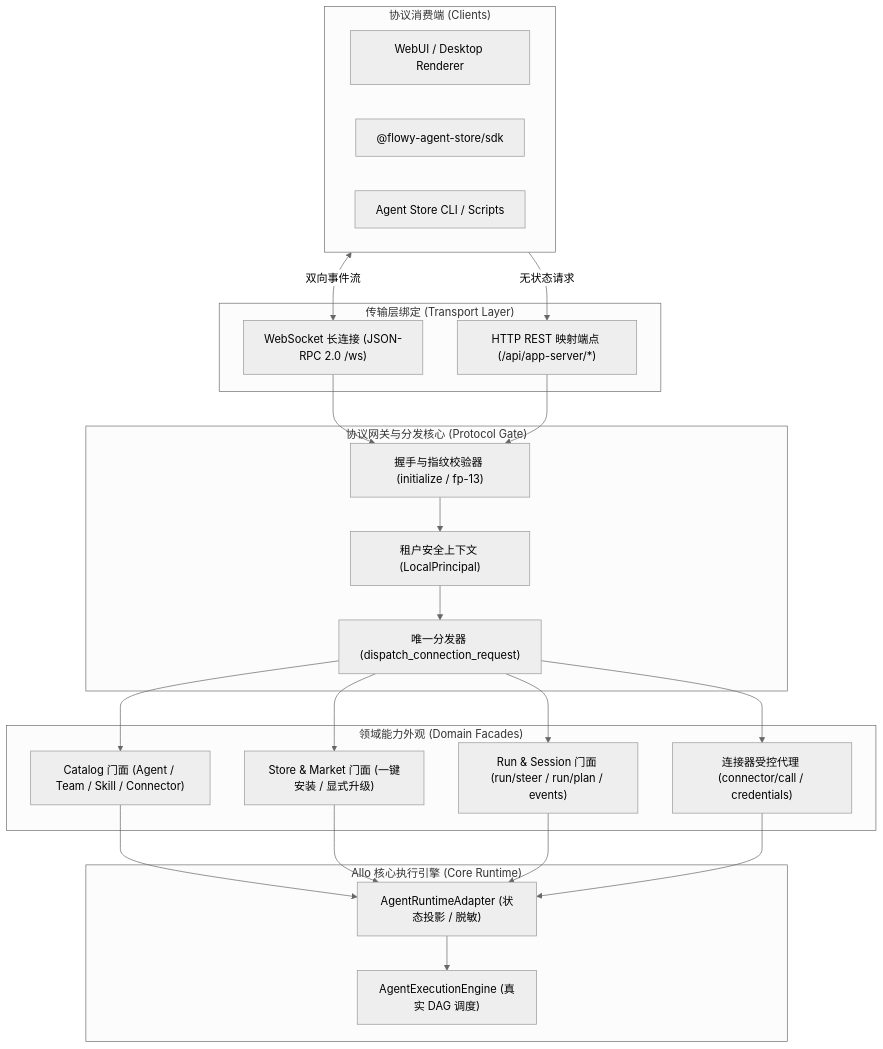
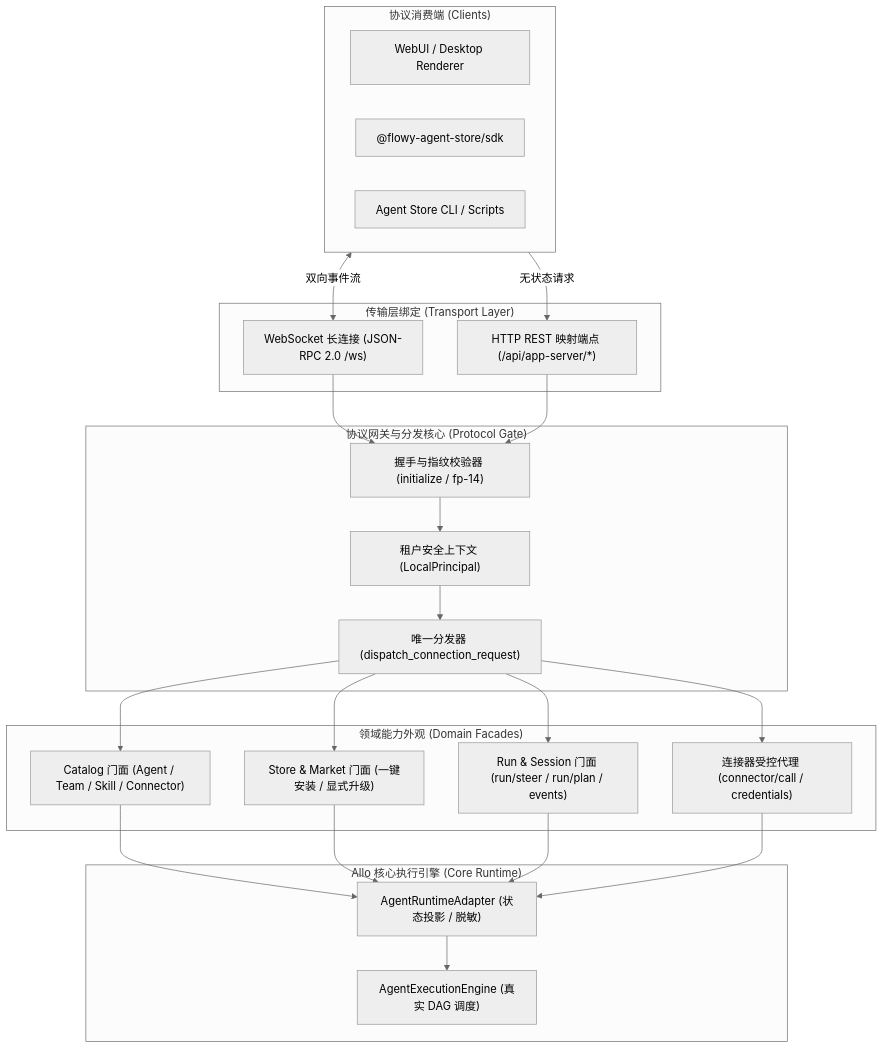
One commit to Michael-Lfx/allo changed the diagram in docs/agent-store/05-flowy-agent-store-app-server-protocol.md. Above: the diagram before and after it, drawn with Mermaid (neutral theme). The commit also changed other lines of this file and 40 other files, not shown here.

````diff
--- a/docs/agent-store/05-flowy-agent-store-app-server-protocol.md
+++ b/docs/agent-store/05-flowy-agent-store-app-server-protocol.md
@@ -27,43 +27,43 @@
 ```mermaid
 flowchart TD
     subgraph Clients["协议消费端 (Clients)"]
         WebUI["WebUI / Desktop Renderer"]
         TSSDK["@flowy-agent-store/sdk"]
         CLI["Agent Store CLI / Scripts"]
     end
 
     subgraph Transport["传输层绑定 (Transport Layer)"]
         WS["WebSocket 长连接 (JSON-RPC 2.0 /ws)"]
         HTTP["HTTP REST 映射端点 (/api/app-server/*)"]
     end
 
     subgraph ProtocolGate["协议网关与分发核心 (Protocol Gate)"]
-        Handshake["握手与指纹校验器 (initialize / fp-13)"]
+        Handshake["握手与指纹校验器 (initialize / fp-14)"]
         AuthContext["租户安全上下文 (LocalPrincipal)"]
         Dispatcher["唯一分发器 (dispatch_connection_request)"]
     end
 
     subgraph Domains["领域能力外观 (Domain Facades)"]
         Catalog["Catalog 门面 (Agent / Team / Skill / Connector)"]
         StoreGov["Store & Market 门面 (一键安装 / 显式升级)"]
         RunEngine["Run & Session 门面 (run/steer / run/plan / events)"]
         ConnectorProxy["连接器受控代理 (connector/call / credentials)"]
     end
 
     subgraph Backend["Allo 核心执行引擎 (Core Runtime)"]
         RuntimeAdapter["AgentRuntimeAdapter (状态投影 / 脱敏)"]
         ExecutionEngine["AgentExecutionEngine (真实 DAG 调度)"]
     end
 
     Clients <-->|双向事件流| WS
     Clients -->|无状态请求| HTTP
     WS --> Handshake
     HTTP --> Handshake
     Handshake --> AuthContext --> Dispatcher
     Dispatcher --> Catalog
     Dispatcher --> StoreGov
     Dispatcher --> RunEngine
     Dispatcher --> ConnectorProxy
     Catalog & StoreGov & RunEngine & ConnectorProxy --> RuntimeAdapter
     RuntimeAdapter --> ExecutionEngine
 ```
````
